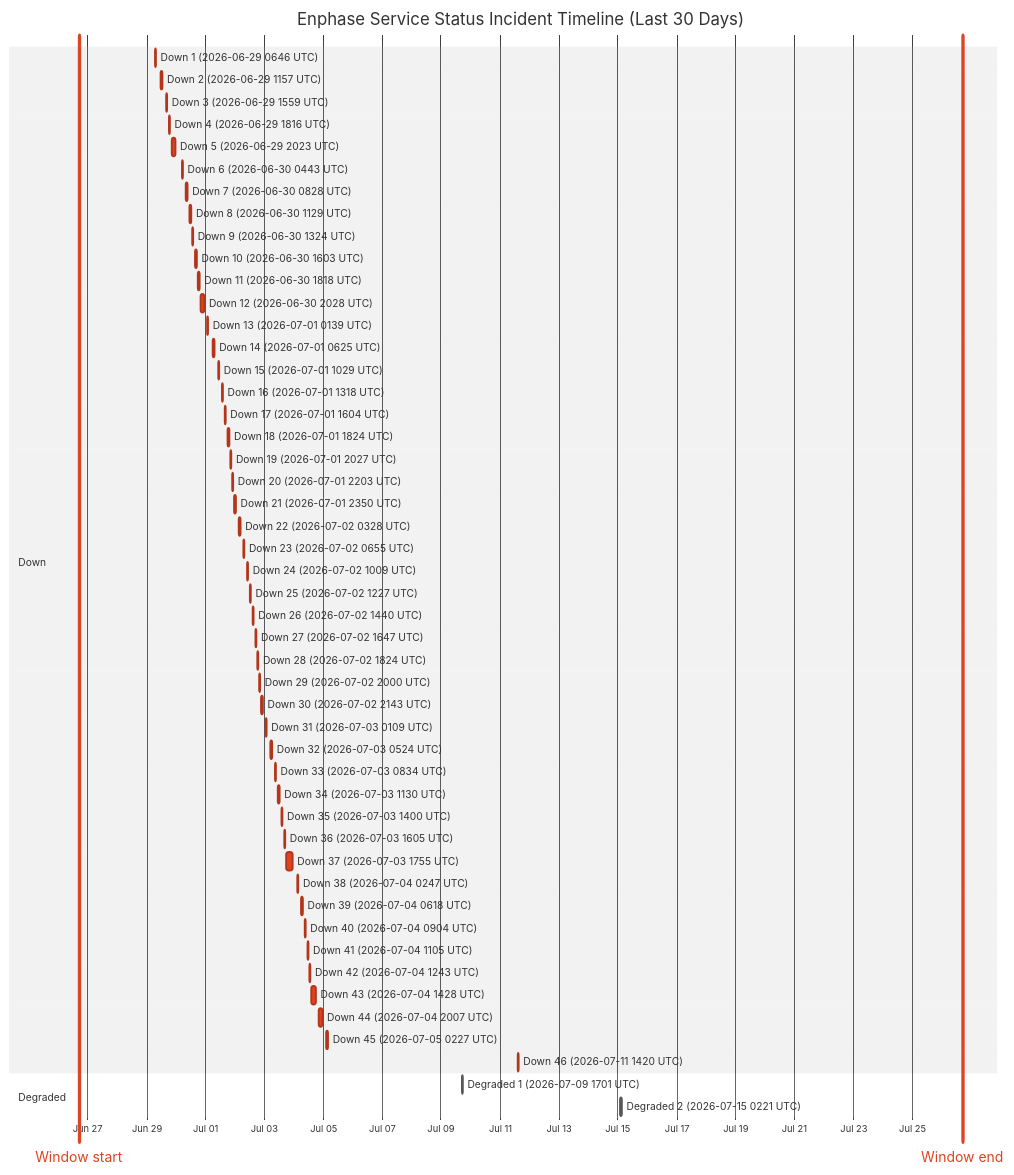
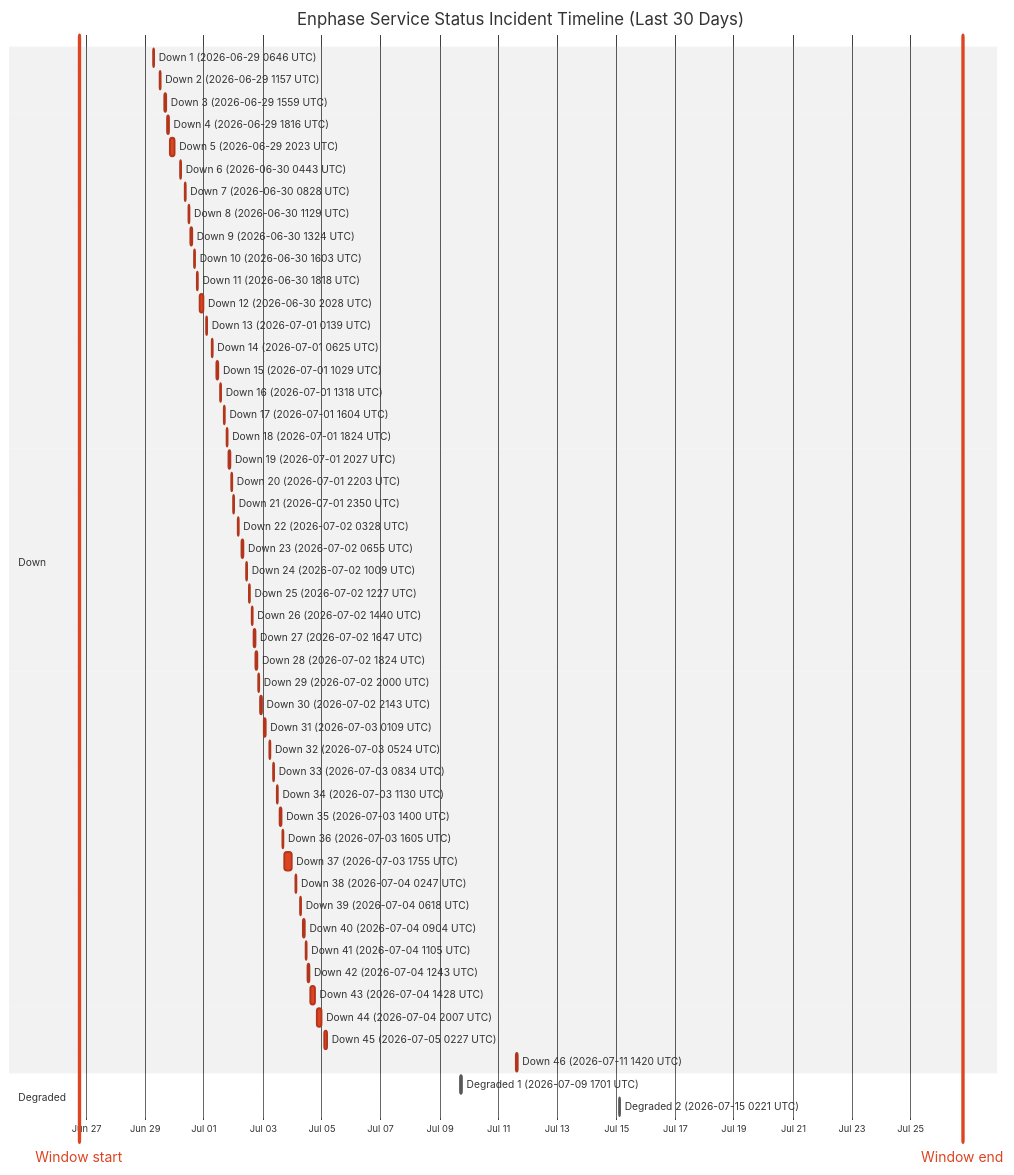
Before and after one commit to barneyonline/ha-enphase-energy: the diagram in wiki/Service-Status-History.md, drawn with Mermaid (neutral theme). The commit also changed other lines of this file and 3 other files, not shown here.

````diff
--- a/wiki/Service-Status-History.md
+++ b/wiki/Service-Status-History.md
@@ -14,58 +14,58 @@
 ```mermaid
 gantt
     title Enphase Service Status Incident Timeline (Last 30 Days)
     dateFormat  YYYY-MM-DDTHH:mm:ss
     axisFormat  %b %d
-    Window start :vert, window-start, 2026-06-26T16:58:02, 0ms
-    Window end :vert, window-end, 2026-07-26T16:58:02, 0ms
+    Window start :vert, window-start, 2026-06-26T18:04:53, 0ms
+    Window end :vert, window-end, 2026-07-26T18:04:53, 0ms
     section Down
     Down 1 (2026-06-29 0646 UTC) :crit, down-1, 2026-06-29T06:46:18, 60m
     Down 2 (2026-06-29 1157 UTC) :crit, down-2, 2026-06-29T11:57:36, 60m
     Down 3 (2026-06-29 1559 UTC) :crit, down-3, 2026-06-29T15:59:02, 60m
     Down 4 (2026-06-29 1816 UTC) :crit, down-4, 2026-06-29T18:16:38, 60m
     Down 5 (2026-06-29 2023 UTC) :crit, down-5, 2026-06-29T20:23:16, 220m
     Down 6 (2026-06-30 0443 UTC) :crit, down-6, 2026-06-30T04:43:54, 60m
     Down 7 (2026-06-30 0828 UTC) :crit, down-7, 2026-06-30T08:28:43, 60m
     Down 8 (2026-06-30 1129 UTC) :crit, down-8, 2026-06-30T11:29:15, 60m
     Down 9 (2026-06-30 1324 UTC) :crit, down-9, 2026-06-30T13:24:25, 60m
     Down 10 (2026-06-30 1603 UTC) :crit, down-10, 2026-06-30T16:03:26, 60m
     Down 11 (2026-06-30 1818 UTC) :crit, down-11, 2026-06-30T18:18:39, 60m
     Down 12 (2026-06-30 2028 UTC) :crit, down-12, 2026-06-30T20:28:54, 171m
     Down 13 (2026-07-01 0139 UTC) :crit, down-13, 2026-07-01T01:39:18, 60m
     Down 14 (2026-07-01 0625 UTC) :crit, down-14, 2026-07-01T06:25:35, 60m
     Down 15 (2026-07-01 1029 UTC) :crit, down-15, 2026-07-01T10:29:24, 60m
     Down 16 (2026-07-01 1318 UTC) :crit, down-16, 2026-07-01T13:18:31, 60m
     Down 17 (2026-07-01 1604 UTC) :crit, down-17, 2026-07-01T16:04:29, 60m
     Down 18 (2026-07-01 1824 UTC) :crit, down-18, 2026-07-01T18:24:21, 60m
     Down 19 (2026-07-01 2027 UTC) :crit, down-19, 2026-07-01T20:27:17, 60m
     Down 20 (2026-07-01 2203 UTC) :crit, down-20, 2026-07-01T22:03:46, 60m
     Down 21 (2026-07-01 2350 UTC) :crit, down-21, 2026-07-01T23:50:52, 60m
     Down 22 (2026-07-02 0328 UTC) :crit, down-22, 2026-07-02T03:28:33, 60m
     Down 23 (2026-07-02 0655 UTC) :crit, down-23, 2026-07-02T06:55:07, 60m
     Down 24 (2026-07-02 1009 UTC) :crit, down-24, 2026-07-02T10:09:15, 60m
     Down 25 (2026-07-02 1227 UTC) :crit, down-25, 2026-07-02T12:27:49, 60m
     Down 26 (2026-07-02 1440 UTC) :crit, down-26, 2026-07-02T14:40:53, 60m
     Down 27 (2026-07-02 1647 UTC) :crit, down-27, 2026-07-02T16:47:47, 60m
     Down 28 (2026-07-02 1824 UTC) :crit, down-28, 2026-07-02T18:24:26, 60m
     Down 29 (2026-07-02 2000 UTC) :crit, down-29, 2026-07-02T20:00:57, 60m
     Down 30 (2026-07-02 2143 UTC) :crit, down-30, 2026-07-02T21:43:52, 80m
     Down 31 (2026-07-03 0109 UTC) :crit, down-31, 2026-07-03T01:09:19, 60m
     Down 32 (2026-07-03 0524 UTC) :crit, down-32, 2026-07-03T05:24:23, 60m
     Down 33 (2026-07-03 0834 UTC) :crit, down-33, 2026-07-03T08:34:05, 60m
     Down 34 (2026-07-03 1130 UTC) :crit, down-34, 2026-07-03T11:30:41, 60m
     Down 35 (2026-07-03 1400 UTC) :crit, down-35, 2026-07-03T14:00:48, 60m
     Down 36 (2026-07-03 1605 UTC) :crit, down-36, 2026-07-03T16:05:49, 60m
     Down 37 (2026-07-03 1755 UTC) :crit, down-37, 2026-07-03T17:55:54, 338m
     Down 38 (2026-07-04 0247 UTC) :crit, down-38, 2026-07-04T02:47:22, 60m
     Down 39 (2026-07-04 0618 UTC) :crit, down-39, 2026-07-04T06:18:09, 60m
     Down 40 (2026-07-04 0904 UTC) :crit, down-40, 2026-07-04T09:04:41, 60m
     Down 41 (2026-07-04 1105 UTC) :crit, down-41, 2026-07-04T11:05:21, 60m
     Down 42 (2026-07-04 1243 UTC) :crit, down-42, 2026-07-04T12:43:25, 60m
     Down 43 (2026-07-04 1428 UTC) :crit, down-43, 2026-07-04T14:28:07, 243m
     Down 44 (2026-07-04 2007 UTC) :crit, down-44, 2026-07-04T20:07:50, 206m
     Down 45 (2026-07-05 0227 UTC) :crit, down-45, 2026-07-05T02:27:32, 109m
     Down 46 (2026-07-11 1420 UTC) :crit, down-46, 2026-07-11T14:20:54, 69m
     section Degraded
     Degraded 1 (2026-07-09 1701 UTC) :active, degraded-1, 2026-07-09T17:01:02, 60m
     Degraded 2 (2026-07-15 0221 UTC) :active, degraded-2, 2026-07-15T02:21:35, 60m
 ```
````
